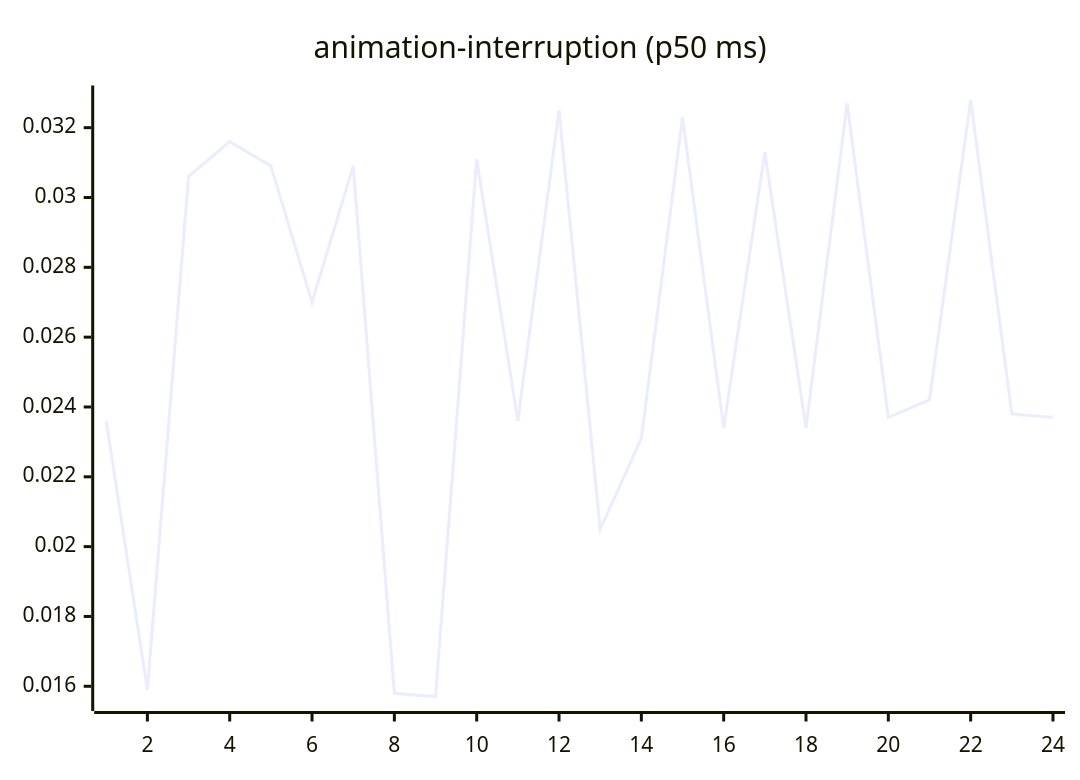
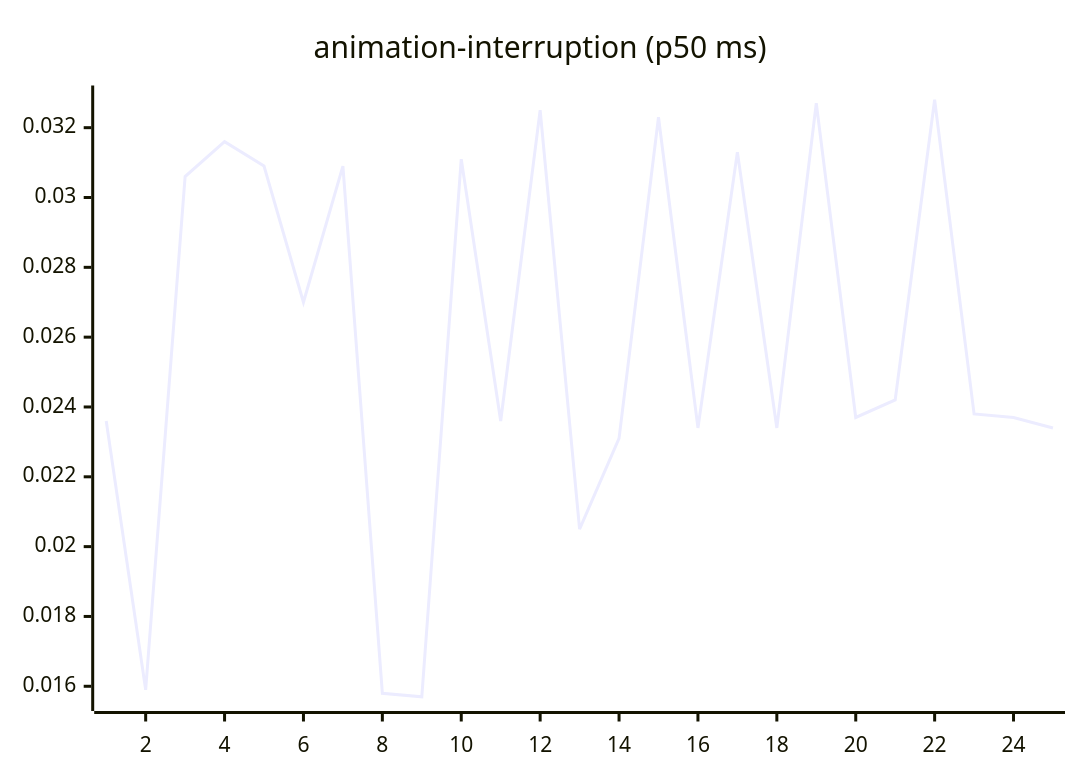
Before and after one commit to josha/Facet: the third of 27 diagrams in README.md, drawn with Mermaid. The commit also changed other lines of this file and 2 other files, not shown here.

````diff
--- a/README.md
+++ b/README.md
@@ -77,6 +77,6 @@
 ```mermaid
 xychart-beta
     title "animation-interruption (p50 ms)"
-    x-axis 1 --> 24
-    line [0.0236, 0.0159, 0.0306, 0.0316, 0.0309, 0.0270, 0.0309, 0.0158, 0.0157, 0.0311, 0.0236, 0.0325, 0.0205, 0.0231, 0.0323, 0.0234, 0.0313, 0.0234, 0.0327, 0.0237, 0.0242, 0.0328, 0.0238, 0.0237]
+    x-axis 1 --> 25
+    line [0.0236, 0.0159, 0.0306, 0.0316, 0.0309, 0.0270, 0.0309, 0.0158, 0.0157, 0.0311, 0.0236, 0.0325, 0.0205, 0.0231, 0.0323, 0.0234, 0.0313, 0.0234, 0.0327, 0.0237, 0.0242, 0.0328, 0.0238, 0.0237, 0.0234]
 ```
````
